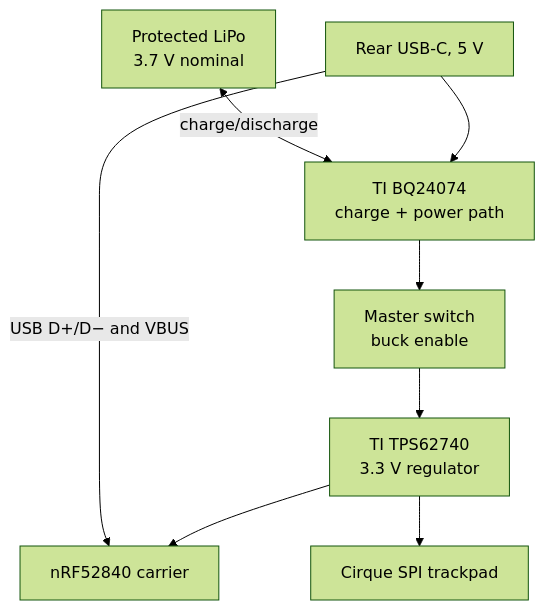
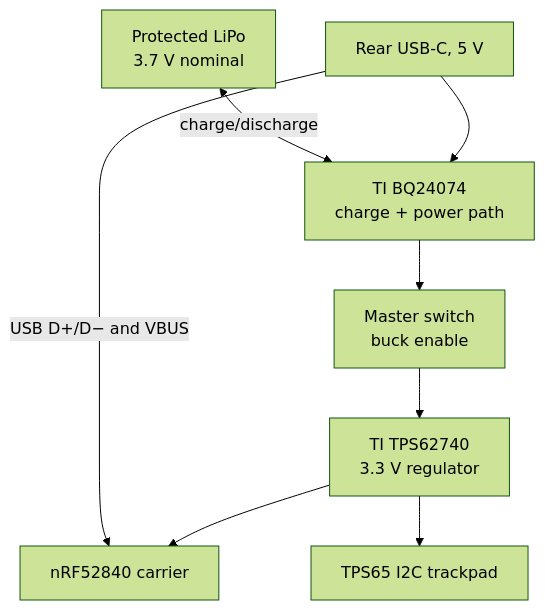
The second of 2 diagrams in README.md (bhadkamkar9snehil/Sofpad), drawn with Mermaid (forest theme) before and after one commit. The commit also changed other lines of this file and 26 other files, not shown here.

Commit message:
Centre trackpad (TPS65), checks, README and renders in docs/images, design rules

````diff
--- a/README.md
+++ b/README.md
@@ -95,10 +100,10 @@
 ```mermaid
 flowchart TD
   USB["Rear USB-C, 5 V"] --> CHG["TI BQ24074<br/>charge + power path"]
   BAT["Protected LiPo<br/>3.7 V nominal"] <-->|"charge/discharge"| CHG
   CHG --> SW["Master switch<br/>buck enable"]
   SW --> REG["TI TPS62740<br/>3.3 V regulator"]
   REG --> MCU["nRF52840 carrier"]
-  REG --> PAD["Cirque SPI trackpad"]
+  REG --> PAD["TPS65 I2C trackpad"]
   USB -->|"USB D+/D− and VBUS"| MCU
 ```
````
